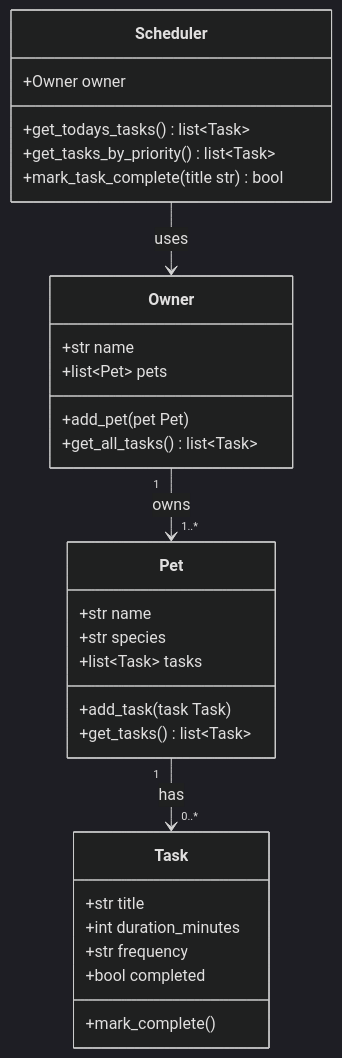
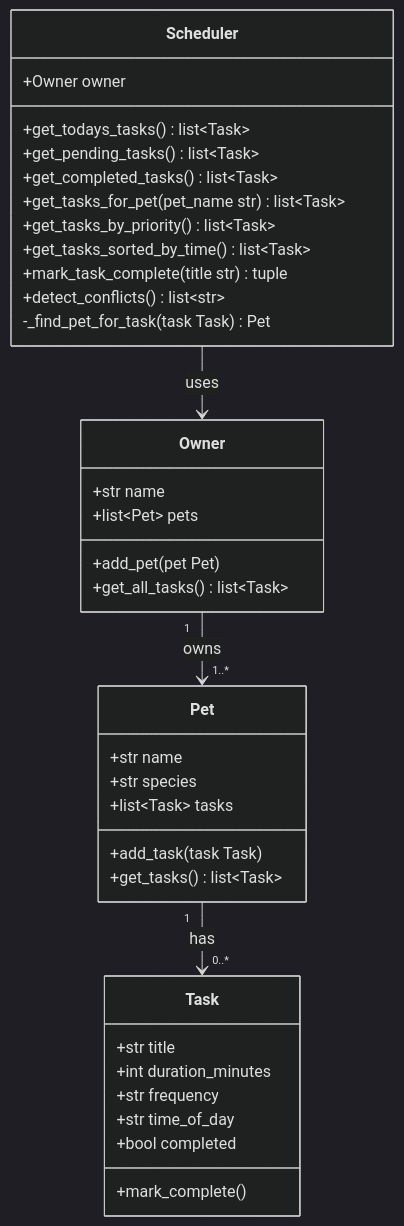
The diagram in uml.md (baohuy1303/ai110-module2show-pawpal-starter), drawn with Mermaid (dark theme) before and after one commit. The commit also changed 5 other files, not shown here.

Commit message:
feat: enhance scheduling logic with time-of-day support, conflict detection, and updated Streamlit UI.

````diff
--- a/uml.md
+++ b/uml.md
@@ -3,36 +3,43 @@
 ```mermaid
 classDiagram
     class Task {
         +str title
         +int duration_minutes
         +str frequency
+        +str time_of_day
         +bool completed
         +mark_complete()
     }
 
     class Pet {
         +str name
         +str species
         +list~Task~ tasks
         +add_task(task Task)
         +get_tasks() list~Task~
     }
 
     class Owner {
         +str name
         +list~Pet~ pets
         +add_pet(pet Pet)
         +get_all_tasks() list~Task~
     }
 
     class Scheduler {
         +Owner owner
         +get_todays_tasks() list~Task~
+        +get_pending_tasks() list~Task~
+        +get_completed_tasks() list~Task~
+        +get_tasks_for_pet(pet_name str) list~Task~
         +get_tasks_by_priority() list~Task~
-        +mark_task_complete(title str) bool
+        +get_tasks_sorted_by_time() list~Task~
+        +mark_task_complete(title str) tuple
+        +detect_conflicts() list~str~
+        -_find_pet_for_task(task Task) Pet
     }
 
     Owner "1" --> "1..*" Pet : owns
     Pet "1" --> "0..*" Task : has
     Scheduler --> Owner : uses
 ```
````
